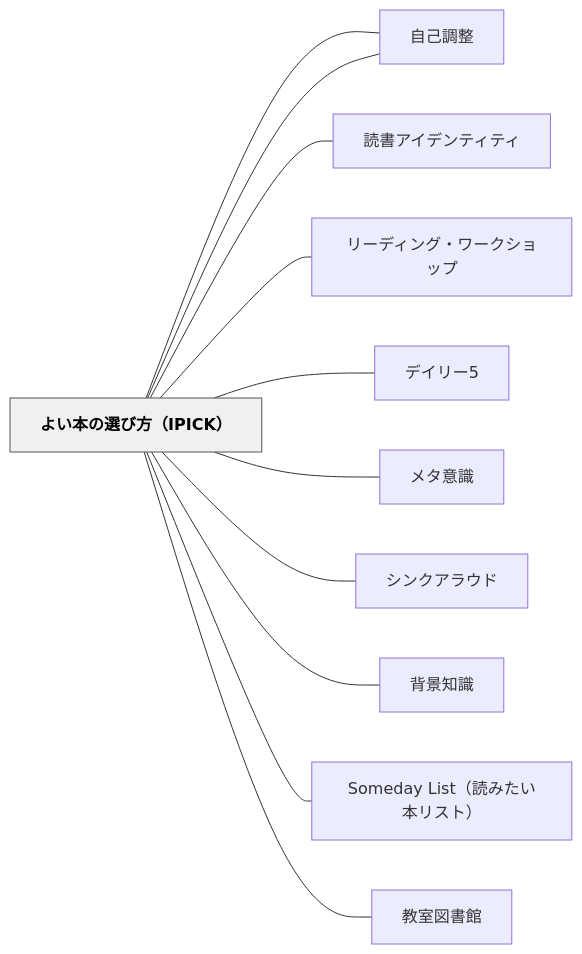
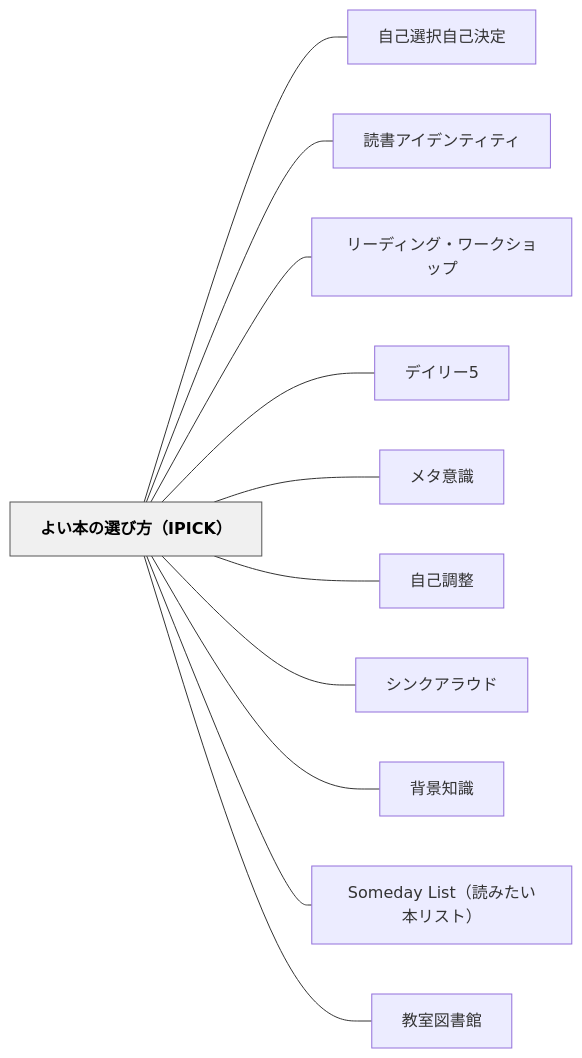
The diagram in content/パタン/よい本の選び方（IPICK）.md (unknownthings-ed-patterns/unknownthings-ed-patterns), drawn with Mermaid before and after one commit. The commit also changed 527 other files, not shown here.

````diff
--- a/content/パタン/よい本の選び方（IPICK）.md
+++ b/content/パタン/よい本の選び方（IPICK）.md
@@ -206,28 +206,28 @@
 ```mermaid
 flowchart LR
-    ne38288e38184["よい本の選び方（IPICK）"]
-    ne887aae5b7b1["自己選択自己決定"]
-    ne8aaade69bb8["読書アイデンティティ"]
-    ne383aae383bc["リーディング・ワークショップ"]
-    ne38387e382a4["デイリー5"]
-    ne383a1e382bf["メタ意識"]
-    ne887aae5b7b1["自己調整"]
-    ne382b7e383b3["シンクアラウド"]
-    ne8838ce699af["背景知識"]
-    n536f6d656461["Someday List（読みたい本リスト）"]
-    ne69599e5aea4["教室図書館"]
+    ne38288e38184e69cace381aee981b8e381b3e696b9efbc88495049434befbc89["よい本の選び方（IPICK）"]
+    ne887aae5b7b1e981b8e68a9ee887aae5b7b1e6b1bae5ae9a["自己選択自己決定"]
+    ne8aaade69bb8e382a2e382a4e38387e383b3e38386e382a3e38386e382a3["読書アイデンティティ"]
+    ne383aae383bce38387e382a3e383b3e382b0e383bbe383afe383bce382afe382b7e383a7e38383e38397["リーディング・ワークショップ"]
+    ne38387e382a4e383aae383bc35["デイリー5"]
+    ne383a1e382bfe6848fe8ad98["メタ意識"]
+    ne887aae5b7b1e8aabfe695b4["自己調整"]
+    ne382b7e383b3e382afe382a2e383a9e382a6e38389["シンクアラウド"]
+    ne8838ce699afe79fa5e8ad98["背景知識"]
+    n536f6d65646179204c697374efbc88e8aaade381bfe3819fe38184e69cace383aae382b9e38388efbc89["Someday List（読みたい本リスト）"]
+    ne69599e5aea4e59bb3e69bb8e9a4a8["教室図書館"]
 
-    ne38288e38184 --- ne887aae5b7b1
-    ne38288e38184 --- ne8aaade69bb8
-    ne38288e38184 --- ne383aae383bc
-    ne38288e38184 --- ne38387e382a4
-    ne38288e38184 --- ne383a1e382bf
-    ne38288e38184 --- ne887aae5b7b1
-    ne38288e38184 --- ne382b7e383b3
-    ne38288e38184 --- ne8838ce699af
-    ne38288e38184 --- n536f6d656461
-    ne38288e38184 --- ne69599e5aea4
+    ne38288e38184e69cace381aee981b8e381b3e696b9efbc88495049434befbc89 --- ne887aae5b7b1e981b8e68a9ee887aae5b7b1e6b1bae5ae9a
+    ne38288e38184e69cace381aee981b8e381b3e696b9efbc88495049434befbc89 --- ne8aaade69bb8e382a2e382a4e38387e383b3e38386e382a3e38386e382a3
+    ne38288e38184e69cace381aee981b8e381b3e696b9efbc88495049434befbc89 --- ne383aae383bce38387e382a3e383b3e382b0e383bbe383afe383bce382afe382b7e383a7e38383e38397
+    ne38288e38184e69cace381aee981b8e381b3e696b9efbc88495049434befbc89 --- ne38387e382a4e383aae383bc35
+    ne38288e38184e69cace381aee981b8e381b3e696b9efbc88495049434befbc89 --- ne383a1e382bfe6848fe8ad98
+    ne38288e38184e69cace381aee981b8e381b3e696b9efbc88495049434befbc89 --- ne887aae5b7b1e8aabfe695b4
+    ne38288e38184e69cace381aee981b8e381b3e696b9efbc88495049434befbc89 --- ne382b7e383b3e382afe382a2e383a9e382a6e38389
+    ne38288e38184e69cace381aee981b8e381b3e696b9efbc88495049434befbc89 --- ne8838ce699afe79fa5e8ad98
+    ne38288e38184e69cace381aee981b8e381b3e696b9efbc88495049434befbc89 --- n536f6d65646179204c697374efbc88e8aaade381bfe3819fe38184e69cace383aae382b9e38388efbc89
+    ne38288e38184e69cace381aee981b8e381b3e696b9efbc88495049434befbc89 --- ne69599e5aea4e59bb3e69bb8e9a4a8
 
     classDef hub fill:#f0f0f0,stroke:#555,color:#000,font-weight:bold
-    class ne38288e38184 hub
+    class ne38288e38184e69cace381aee981b8e381b3e696b9efbc88495049434befbc89 hub
 ```
````
